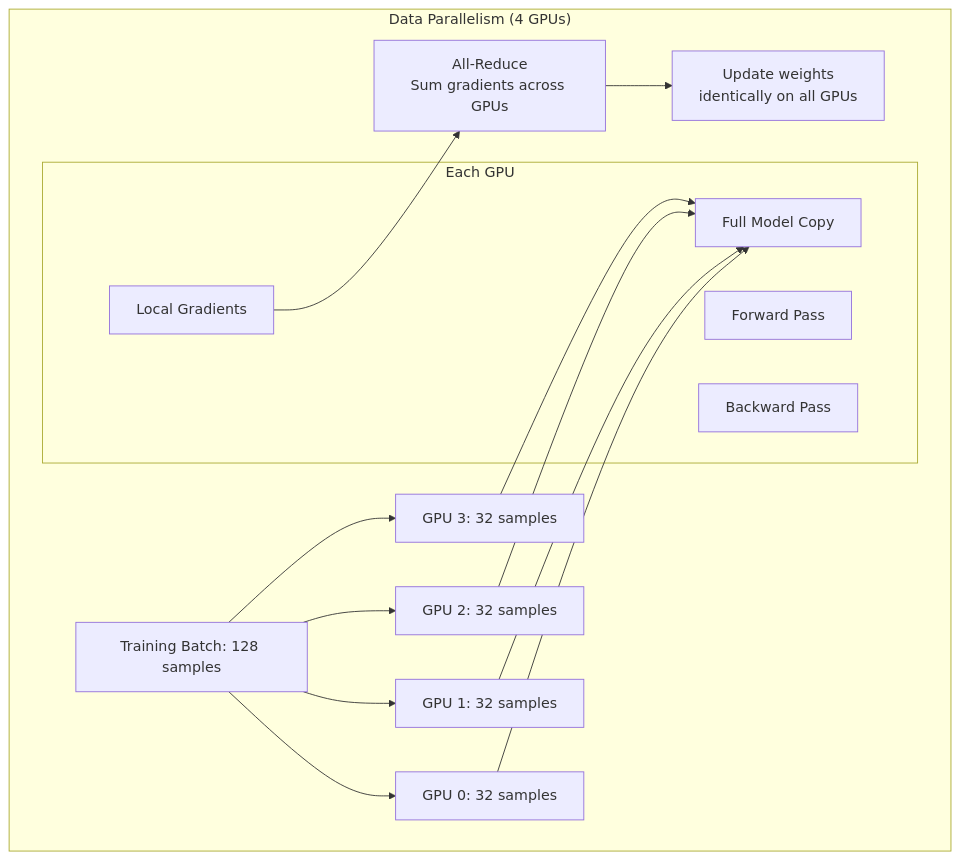
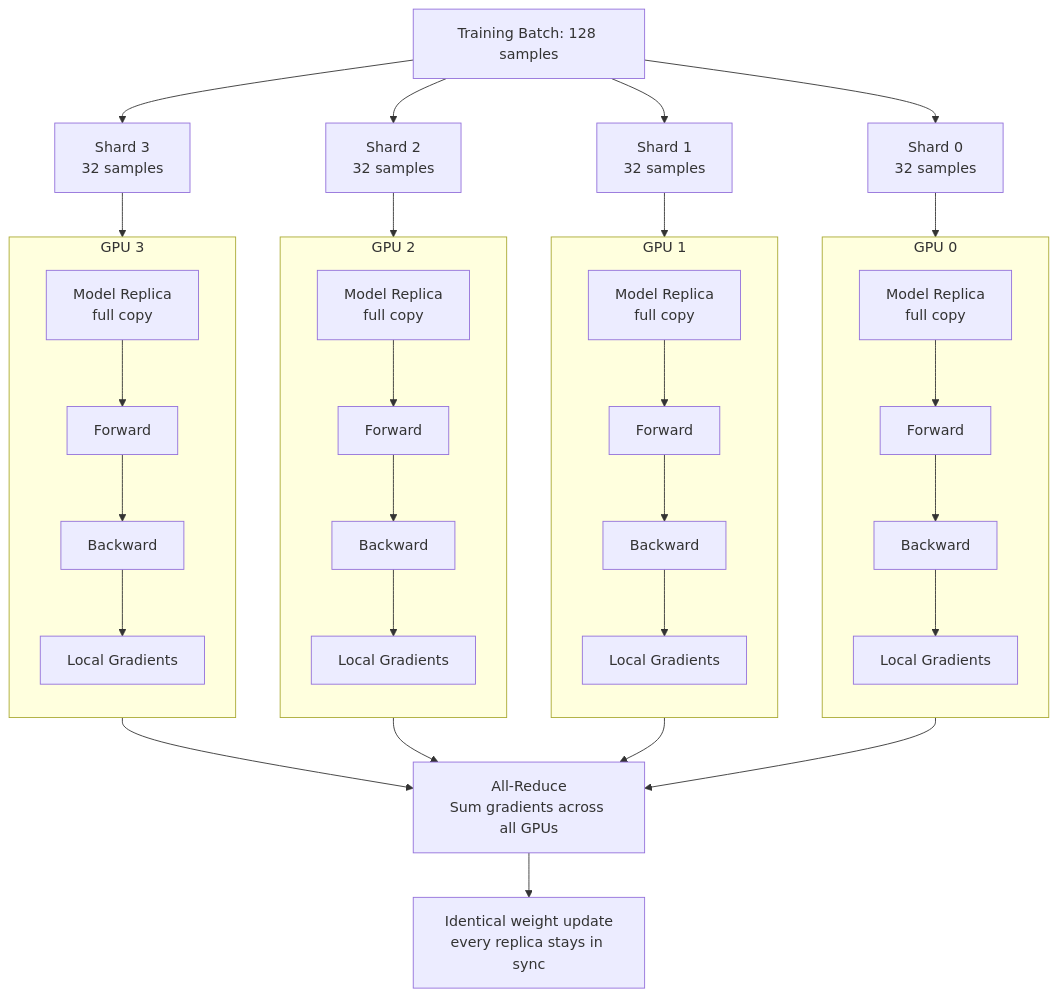
The third of 13 diagrams in curriculum/week-5-ai-workloads/theory/5.4-distributed-training.md (Mirantis-PS/k0rdent-ai-training), drawn with Mermaid before and after one commit. The commit also changed other lines of this file, not shown here.

Commit message:
fix: repair broken mermaid diagrams in week 5 theory 5.4
Two diagrams failed to render on GitHub with mermaid parse errors:

- 1.2 Training Memory: unquoted parens in node labels, "(Adam)" and
  "(batch x sequence)", made the lexer expect a new shape token
- 4.1 Tensor Parallelism: same paren issue, plus square brackets
  nested inside a [...] label, "W[:, 0:H/4]"

Both fixed by quoting the affected labels.

3.1 Data Parallelism parsed but rendered wrong: Forward Pass and
Backward Pass were declared with no edges, leaving orphan boxes and a
flow that read backwards. Redrawn so each GPU owns a full model replica
with its own forward/backward/gradient chain converging on the
all-reduce. The old version wired all four data shards into a single
shared model box, which says the opposite of what data parallelism
means.

All 13 diagrams in the file verified: parse clean under mermaid 11.16
and render in headless Chromium.

````diff
--- a/curriculum/week-5-ai-workloads/theory/5.4-distributed-training.md
+++ b/curriculum/week-5-ai-workloads/theory/5.4-distributed-training.md
@@ -94,26 +94,41 @@
 ```mermaid
 flowchart TB
-    subgraph "Data Parallelism (4 GPUs)"
-        DATA[Training Batch: 128 samples]
+    DATA["Training Batch: 128 samples"]
 
-        DATA --> D0[GPU 0: 32 samples]
-        DATA --> D1[GPU 1: 32 samples]
-        DATA --> D2[GPU 2: 32 samples]
-        DATA --> D3[GPU 3: 32 samples]
+    DATA --> S0["Shard 0<br/>32 samples"]
+    DATA --> S1["Shard 1<br/>32 samples"]
+    DATA --> S2["Shard 2<br/>32 samples"]
+    DATA --> S3["Shard 3<br/>32 samples"]
 
-        subgraph "Each GPU"
-            M[Full Model Copy]
-            FWD[Forward Pass]
-            BWD[Backward Pass]
-            GRAD[Local Gradients]
-        end
+    subgraph G0["GPU 0"]
+        direction TB
+        M0["Model Replica<br/>full copy"] --> F0[Forward] --> B0[Backward] --> L0["Local Gradients"]
+    end
 
-        D0 --> M
-        D1 --> M
-        D2 --> M
-        D3 --> M
+    subgraph G1["GPU 1"]
+        direction TB
+        M1["Model Replica<br/>full copy"] --> F1[Forward] --> B1[Backward] --> L1["Local Gradients"]
+    end
 
-        GRAD --> AR[All-Reduce<br/>Sum gradients across GPUs]
-        AR --> UPD[Update weights<br/>identically on all GPUs]
+    subgraph G2["GPU 2"]
+        direction TB
+        M2["Model Replica<br/>full copy"] --> F2[Forward] --> B2[Backward] --> L2["Local Gradients"]
     end
+
+    subgraph G3["GPU 3"]
+        direction TB
+        M3["Model Replica<br/>full copy"] --> F3[Forward] --> B3[Backward] --> L3["Local Gradients"]
+    end
+
+    S0 --> M0
+    S1 --> M1
+    S2 --> M2
+    S3 --> M3
+
+    L0 --> AR["All-Reduce<br/>Sum gradients across all GPUs"]
+    L1 --> AR
+    L2 --> AR
+    L3 --> AR
+
+    AR --> UPD["Identical weight update<br/>every replica stays in sync"]
 ```
````
